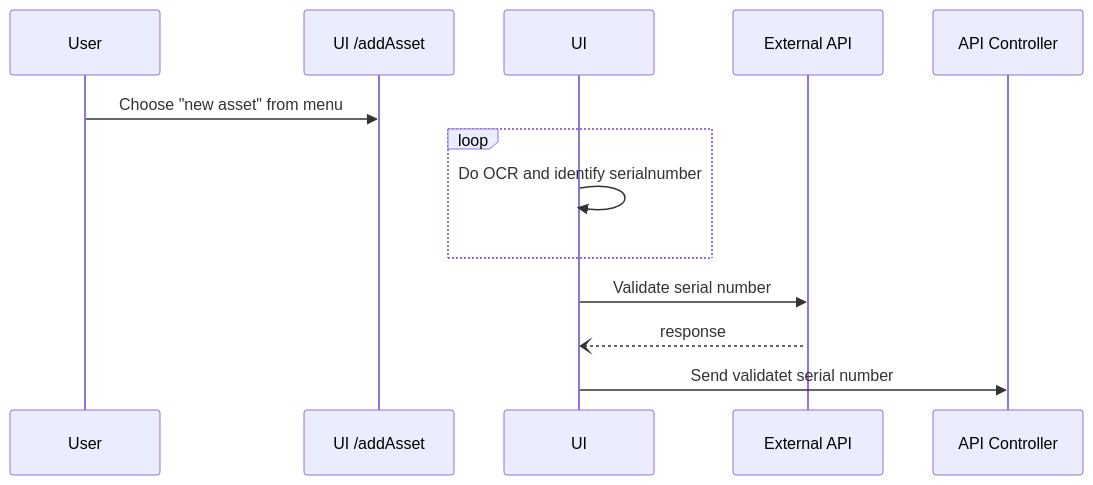
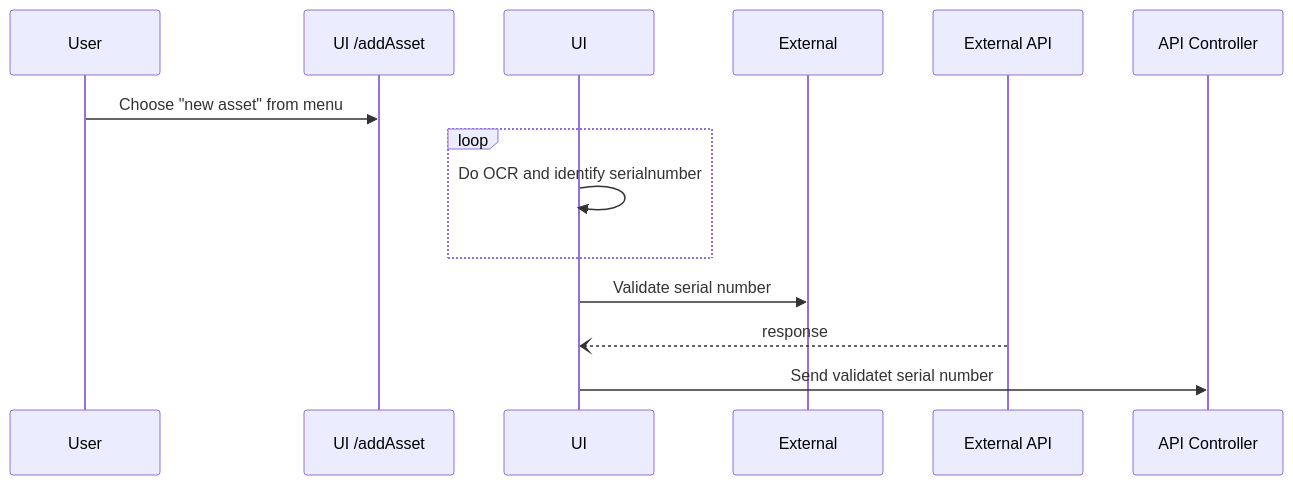
The diagram in docs/UML/Administration.md (livun/bouvet-asset-hub), drawn with Mermaid before and after one commit.

Commit message:
changes in admin.md

````diff
--- a/docs/UML/Administration.md
+++ b/docs/UML/Administration.md
@@ -2,13 +2,13 @@
 ```mermaid
 sequenceDiagram
     User->>UI /addAsset: Choose "new asset" from menu
     
     loop 
         UI->>UI: Do OCR and identify serialnumber
     end
-    UI ->> External API: Validate serial number
-    activate External API
+    UI ->> External: Validate serial number
+    activate External 
     External API --) UI: response
     UI ->> API Controller: Send validatet serial number
     
 ```
````
